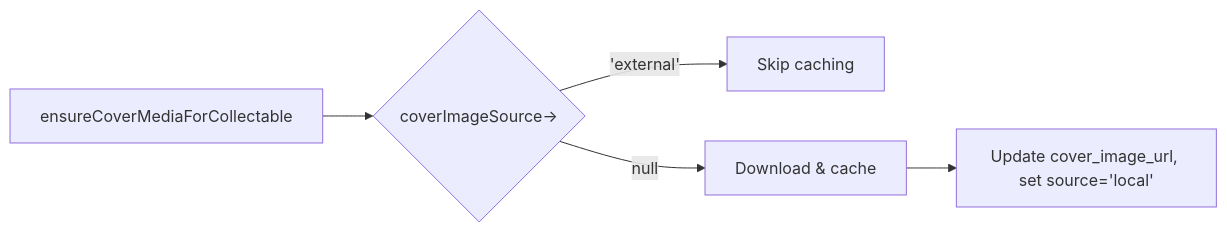
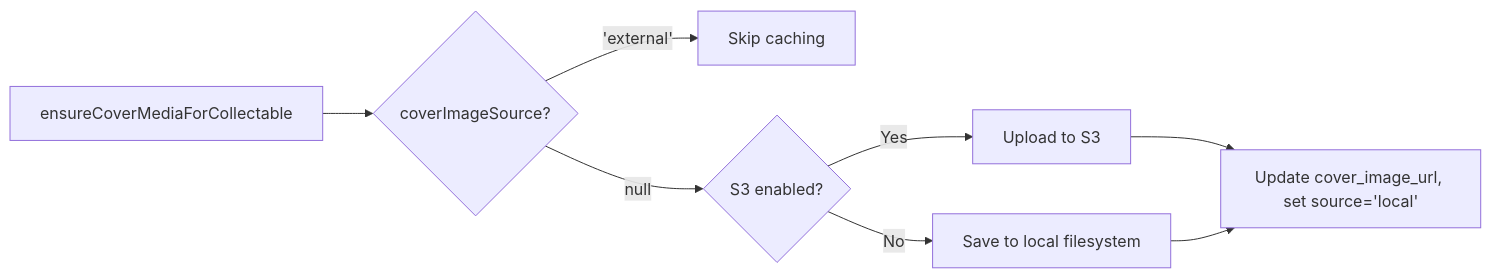
The sixth of 7 diagrams in AGENTS/workflow.md (fTr0ut/ShelvesAI), drawn with Mermaid before and after one commit. The commit also changed other lines of this file and 11 other files, not shown here.

````diff
--- a/AGENTS/workflow.md
+++ b/AGENTS/workflow.md
@@ -511,7 +511,10 @@
 ```mermaid
 flowchart LR
-    A[ensureCoverMediaForCollectable] --> B{coverImageSource->}
+    A[ensureCoverMediaForCollectable] --> B{coverImageSource?}
     B -->|'external'| C[Skip caching]
-    B -->|null| D[Download & cache]
-    D --> E[Update cover_image_url, set source='local']
+    B -->|null| D{S3 enabled?}
+    D -->|Yes| E[Upload to S3]
+    D -->|No| F[Save to local filesystem]
+    E --> G[Update cover_image_url, set source='local']
+    F --> G
 ```
````
